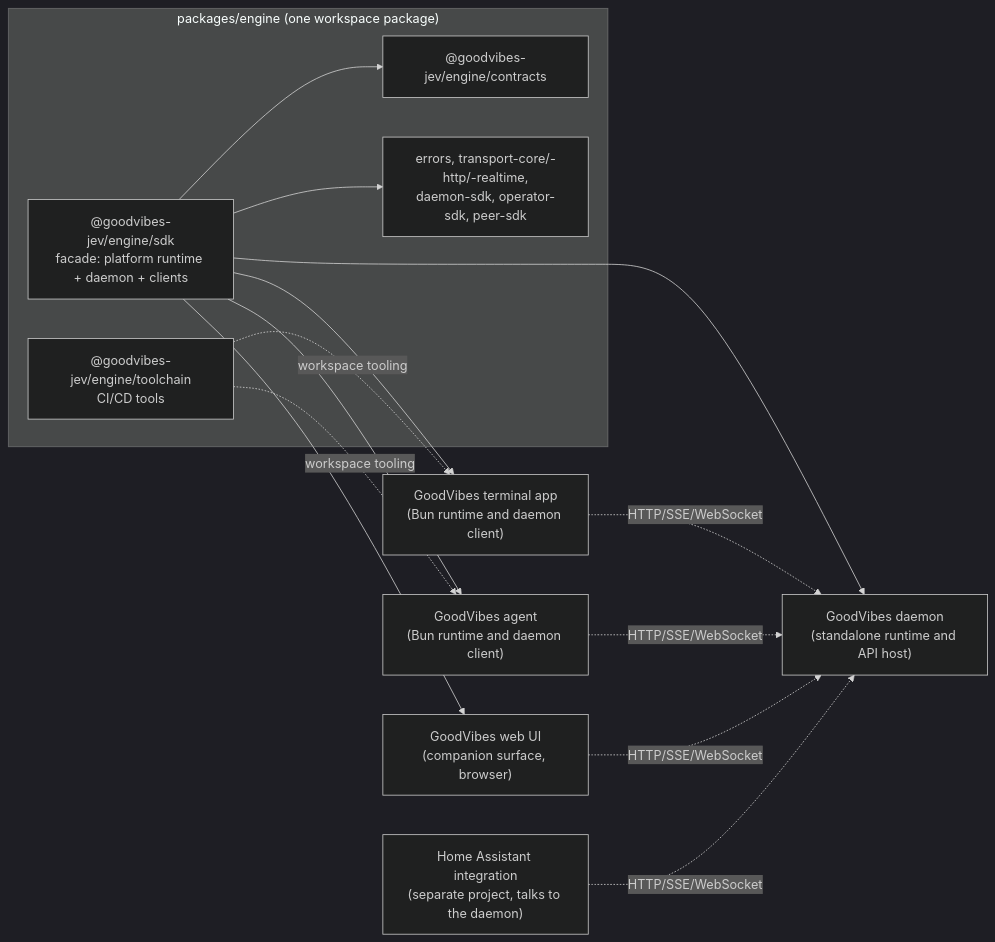
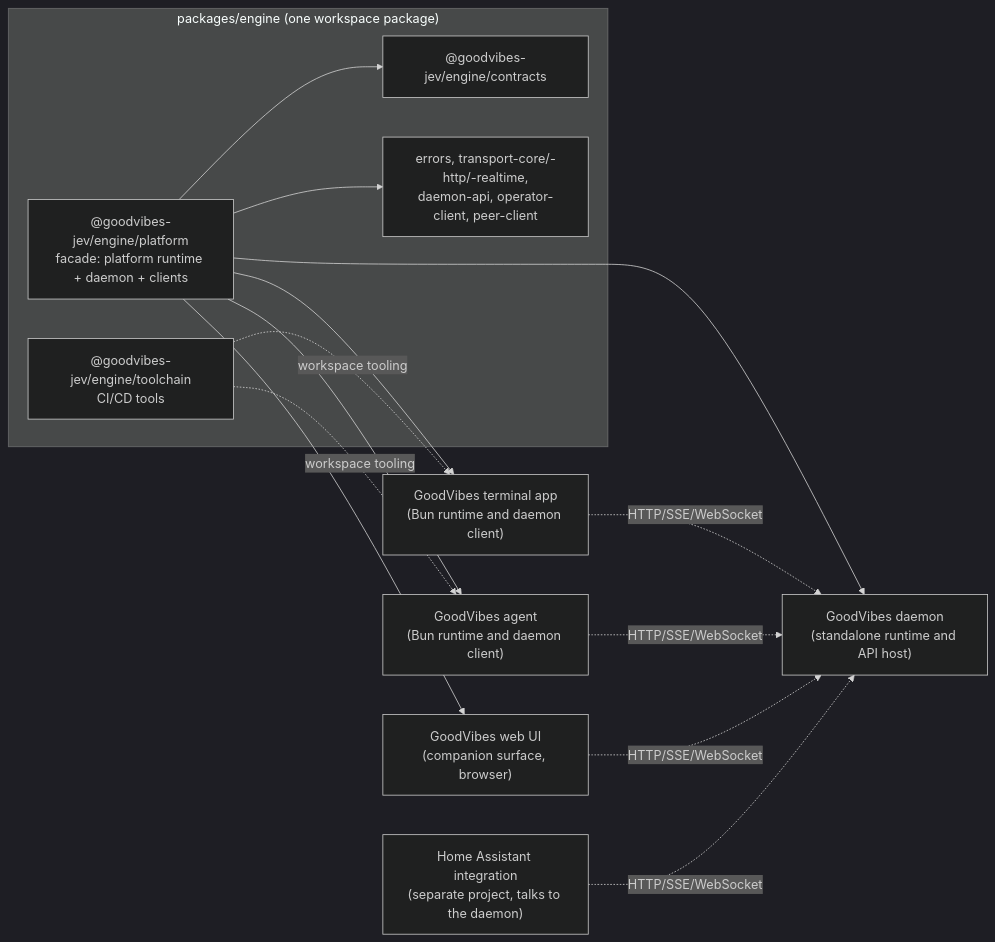
One commit to mgd34msu/goodvibes changed the diagram in packages/engine/README.md. Above: the diagram before and after it, drawn with Mermaid (dark theme). The commit also changed other lines of this file and 9130 other files, not shown here.

First line of the commit message:
Replace first-party SDK architecture names with platform and clients

````diff
--- a/packages/engine/README.md
+++ b/packages/engine/README.md
@@ -25,28 +25,28 @@
 ```mermaid
 flowchart LR
     subgraph pkg["packages/engine (one workspace package)"]
-        sdk["@goodvibes-jev/engine/sdk<br/>facade: platform runtime + daemon + clients"]
+        platform["@goodvibes-jev/engine/platform<br/>facade: platform runtime + daemon + clients"]
         contracts["@goodvibes-jev/engine/contracts"]
-        siblings["errors, transport-core/-http/-realtime,<br/>daemon-sdk, operator-sdk, peer-sdk"]
+        siblings["errors, transport-core/-http/-realtime,<br/>daemon-api, operator-client, peer-client"]
         toolchain["@goodvibes-jev/engine/toolchain<br/>CI/CD tools"]
     end
-    sdk --> contracts
-    sdk --> siblings
+    platform --> contracts
+    platform --> siblings
 
     tui["GoodVibes terminal app<br/>(Bun runtime and daemon client)"]
     agent["GoodVibes agent<br/>(Bun runtime and daemon client)"]
     daemon["GoodVibes daemon<br/>(standalone runtime and API host)"]
     webui["GoodVibes web UI<br/>(companion surface, browser)"]
     ha["Home Assistant integration<br/>(separate project, talks to the daemon)"]
 
-    sdk --> tui
-    sdk --> agent
-    sdk --> daemon
-    sdk --> webui
+    platform --> tui
+    platform --> agent
+    platform --> daemon
+    platform --> webui
     tui -. HTTP/SSE/WebSocket .-> daemon
     agent -. HTTP/SSE/WebSocket .-> daemon
     webui -. HTTP/SSE/WebSocket .-> daemon
     ha -. HTTP/SSE/WebSocket .-> daemon
     toolchain -. workspace tooling .-> tui
     toolchain -. workspace tooling .-> agent
 ```
````
